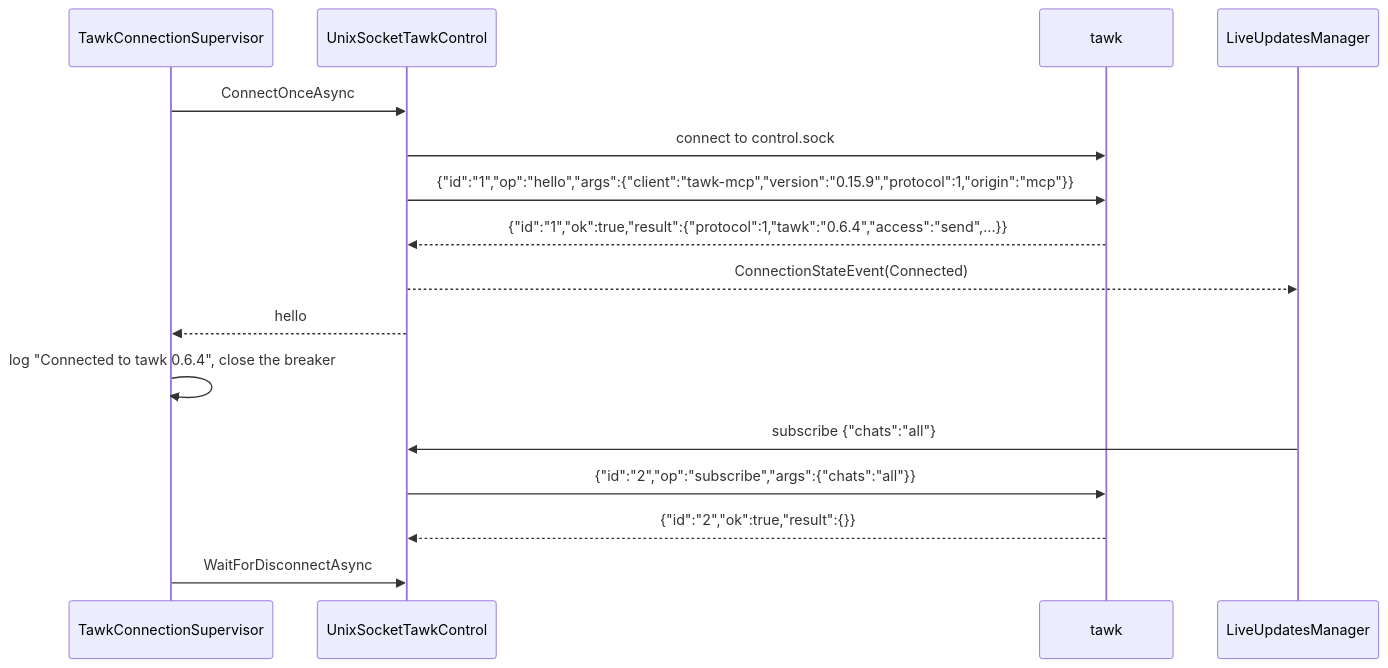
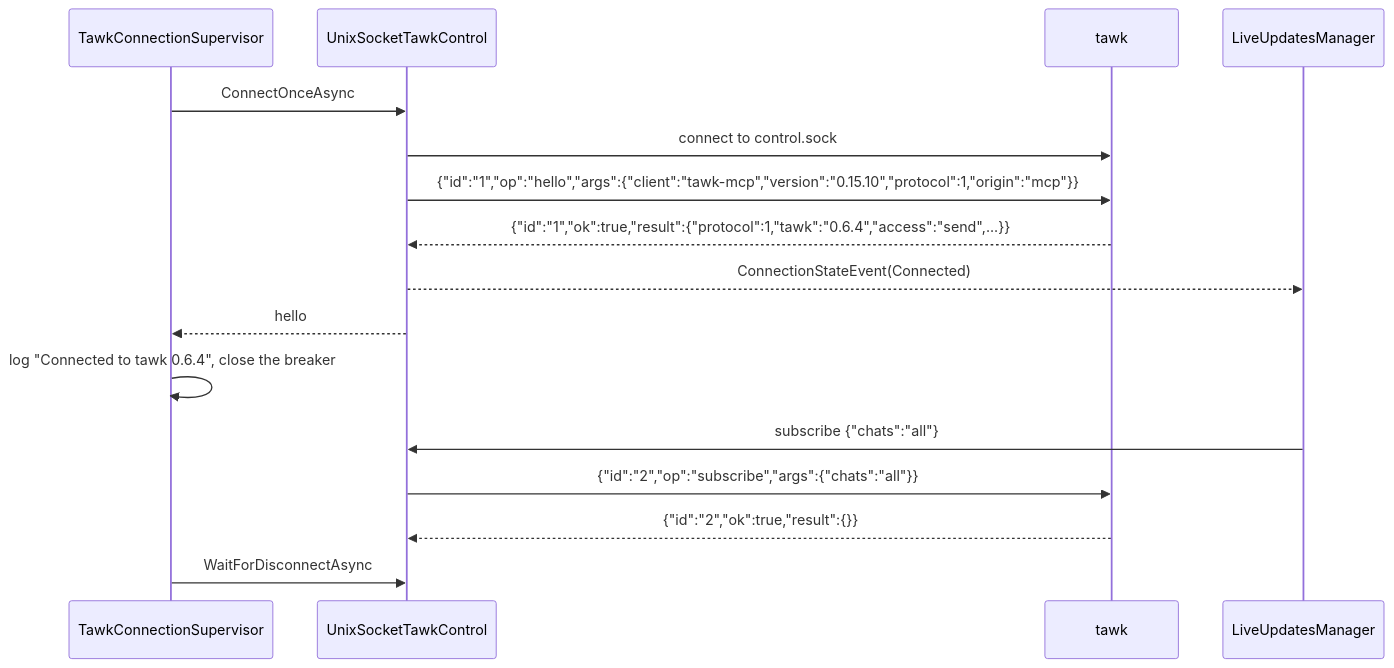
One commit to loganventer/Corvus.Mcp.Server.Tawk changed the first of 14 diagrams in HOW_IT_WORKS.md. Above: the diagram before and after it, drawn with Mermaid. The commit also changed 3 other files, not shown here.

````diff
--- a/HOW_IT_WORKS.md
+++ b/HOW_IT_WORKS.md
@@ -31,19 +31,19 @@
 ```mermaid
 sequenceDiagram
     participant S as TawkConnectionSupervisor
     participant C as UnixSocketTawkControl
     participant T as tawk
     participant L as LiveUpdatesManager
 
     S->>C: ConnectOnceAsync
     C->>T: connect to control.sock
-    C->>T: {"id":"1","op":"hello","args":{"client":"tawk-mcp","version":"0.15.9","protocol":1,"origin":"mcp"}}
+    C->>T: {"id":"1","op":"hello","args":{"client":"tawk-mcp","version":"0.15.10","protocol":1,"origin":"mcp"}}
     T-->>C: {"id":"1","ok":true,"result":{"protocol":1,"tawk":"0.6.4","access":"send",...}}
     C-->>L: ConnectionStateEvent(Connected)
     C-->>S: hello
     S->>S: log "Connected to tawk 0.6.4", close the breaker
     L->>C: subscribe {"chats":"all"}
     C->>T: {"id":"2","op":"subscribe","args":{"chats":"all"}}
     T-->>C: {"id":"2","ok":true,"result":{}}
     S->>C: WaitForDisconnectAsync
 ```
````
